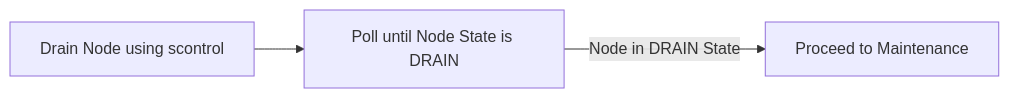
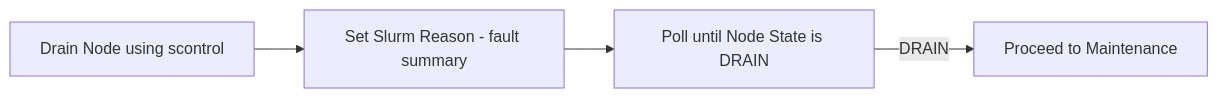
Before and after one commit to veeragoni/hpc-maintenance: the third of 8 diagrams in README.md, drawn with Mermaid. The commit also changed other lines of this file, not shown here.

Commit message:
updated readme with udpated flows

````diff
--- a/README.md
+++ b/README.md
@@ -43,5 +56,6 @@
 ```mermaid
 graph LR
-    A[Drain Node using scontrol] --> B[Poll until Node State is DRAIN]
-    B -- Node in DRAIN State --> C[Proceed to Maintenance]
+    A[Drain Node using scontrol] --> B[Set Slurm Reason - fault summary]
+    B --> C[Poll until Node State is DRAIN]
+    C -->|DRAIN| D[Proceed to Maintenance]
 ```
````
